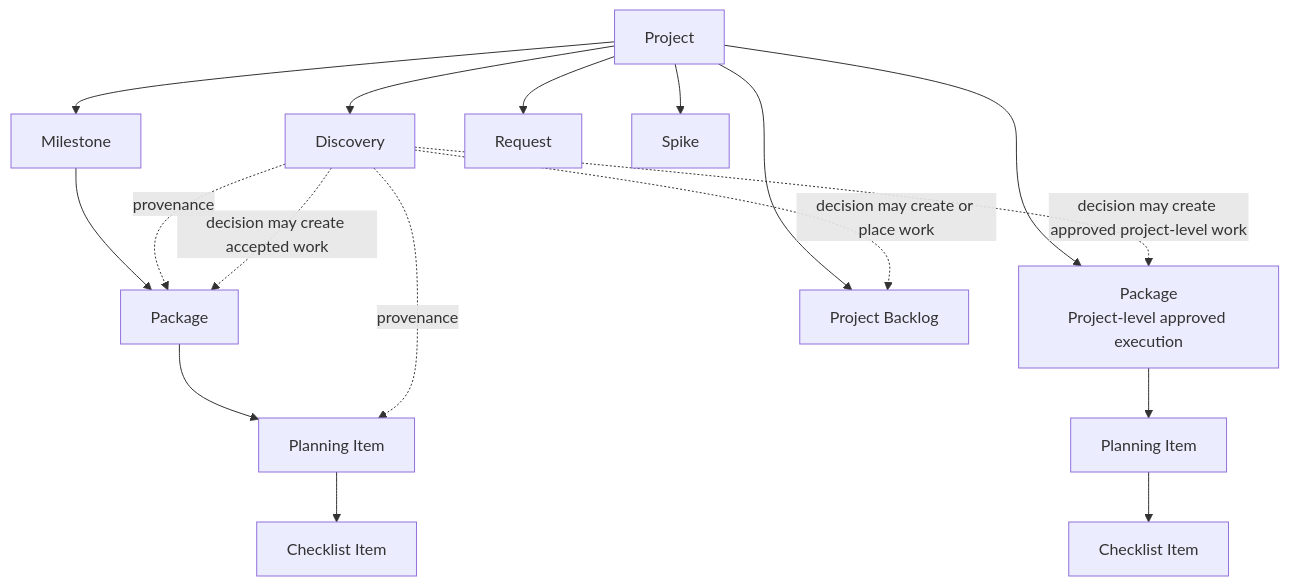
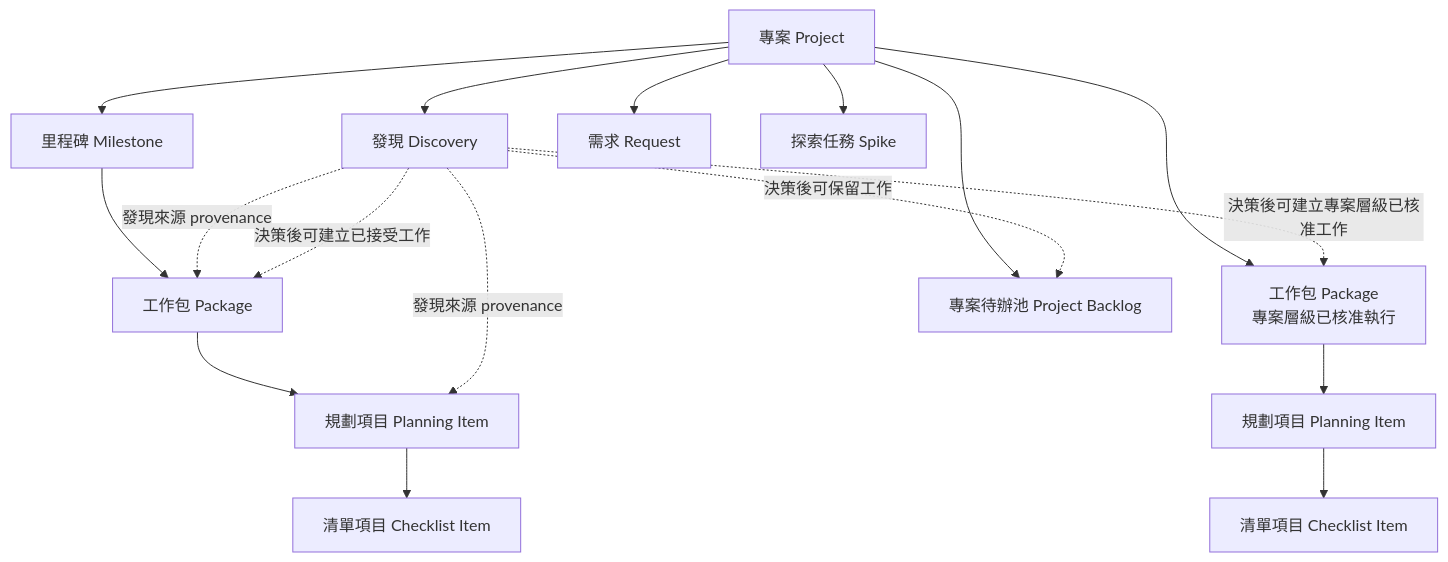
One commit to AndyHsuTW/agent-project-management changed the first of 2 diagrams in docs/core/resource-model.md. Above: the diagram before and after it, drawn with Mermaid. The commit also changed other lines of this file, not shown here.

````diff
--- a/docs/core/resource-model.md
+++ b/docs/core/resource-model.md
@@ -25,24 +25,24 @@
 ```mermaid
 flowchart TD
-    PROJECT[Project]
+    PROJECT[專案 Project]
 
-    PROJECT --> M[Milestone]
-    M --> MP[Package]
-    MP --> MPI[Planning Item]
-    MPI --> MCI[Checklist Item]
+    PROJECT --> M[里程碑 Milestone]
+    M --> MP[工作包 Package]
+    MP --> MPI[規劃項目 Planning Item]
+    MPI --> MCI[清單項目 Checklist Item]
 
-    PROJECT --> XP[Package\nProject-level approved execution]
-    XP --> XPI[Planning Item]
-    XPI --> XCI[Checklist Item]
+    PROJECT --> XP[工作包 Package\n專案層級已核准執行]
+    XP --> XPI[規劃項目 Planning Item]
+    XPI --> XCI[清單項目 Checklist Item]
 
-    PROJECT --> PB[Project Backlog]
-    PROJECT --> D[Discovery]
-    PROJECT --> R[Request]
-    PROJECT --> S[Spike]
+    PROJECT --> PB[專案待辦池 Project Backlog]
+    PROJECT --> D[發現 Discovery]
+    PROJECT --> R[需求 Request]
+    PROJECT --> S[探索任務 Spike]
 
-    D -. provenance .-> MP
-    D -. provenance .-> MPI
-    D -. decision may create or place work .-> PB
-    D -. decision may create accepted work .-> MP
-    D -. decision may create approved project-level work .-> XP
+    D -. 發現來源 provenance .-> MP
+    D -. 發現來源 provenance .-> MPI
+    D -. 決策後可保留工作 .-> PB
+    D -. 決策後可建立已接受工作 .-> MP
+    D -. 決策後可建立專案層級已核准工作 .-> XP
 ```
````
